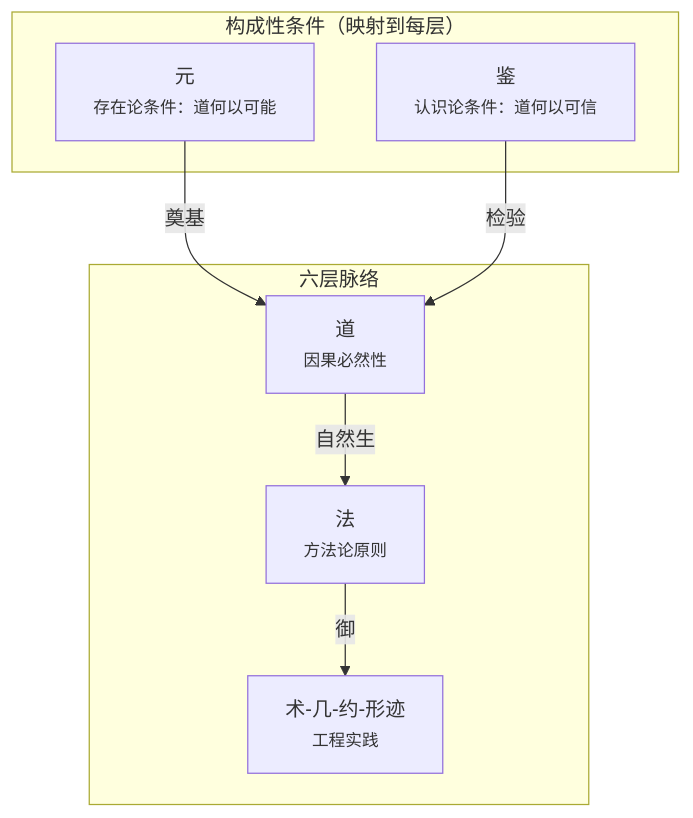
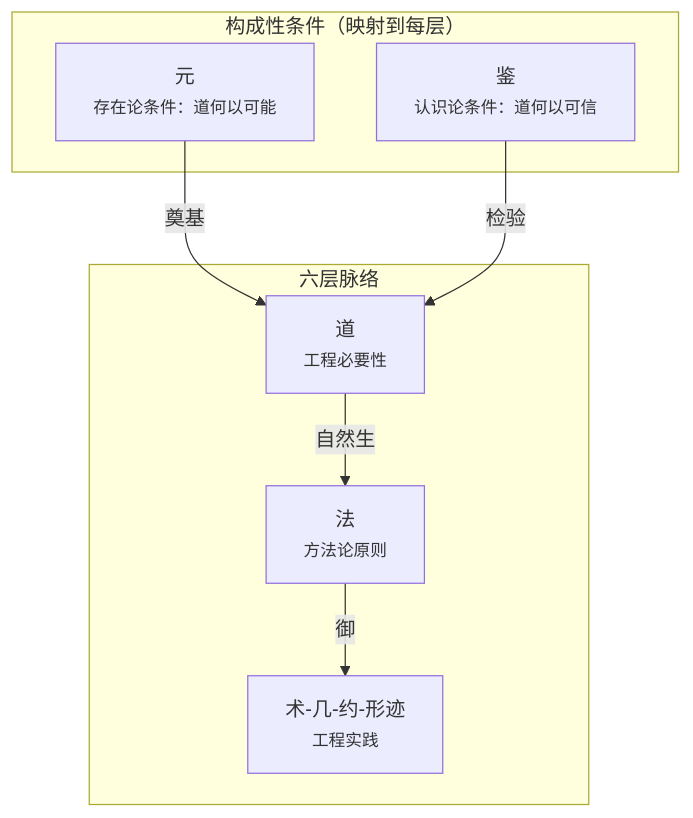
Before and after one commit to sgmov/sihankor: the first of 4 diagrams in docs/specs/philosophy/On-SiHankor-Tao.sih.md, drawn with Mermaid. The commit also changed other lines of this file and 9 other files, not shown here.

````diff
--- a/docs/specs/philosophy/On-SiHankor-Tao.sih.md
+++ b/docs/specs/philosophy/On-SiHankor-Tao.sih.md
@@ -21,18 +21,18 @@
 ```mermaid
 flowchart TB
     subgraph Conditions["构成性条件（映射到每层）"]
         Yuan["元<br/><small>存在论条件：道何以可能</small>"]
         Assay["鉴<br/><small>认识论条件：道何以可信</small>"]
     end
 
     subgraph Content["六层脉络"]
-        Tao["道<br/><small>因果必然性</small>"]
+        Tao["道<br/><small>工程必要性</small>"]
         Fa["法<br/><small>方法论原则</small>"]
         Shu["术-几-约-形迹<br/><small>工程实践</small>"]
     end
 
     Yuan -->|"奠基"| Tao
     Assay -->|"检验"| Tao
     Tao -->|"自然生"| Fa
     Fa -->|"御"| Shu
 ```
````
